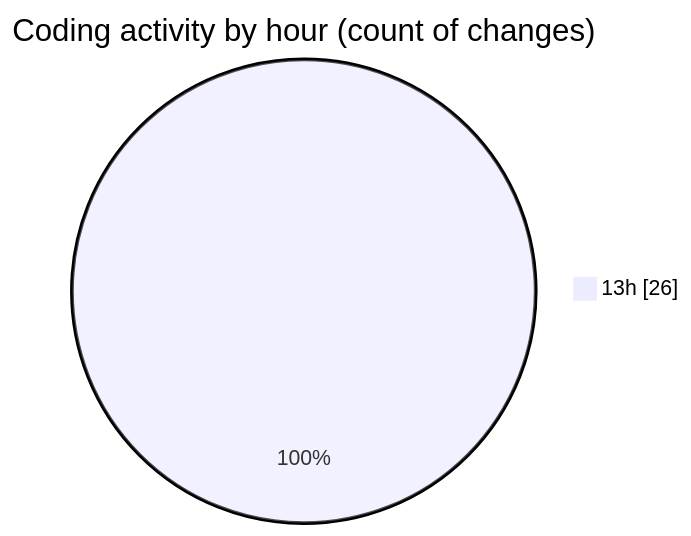
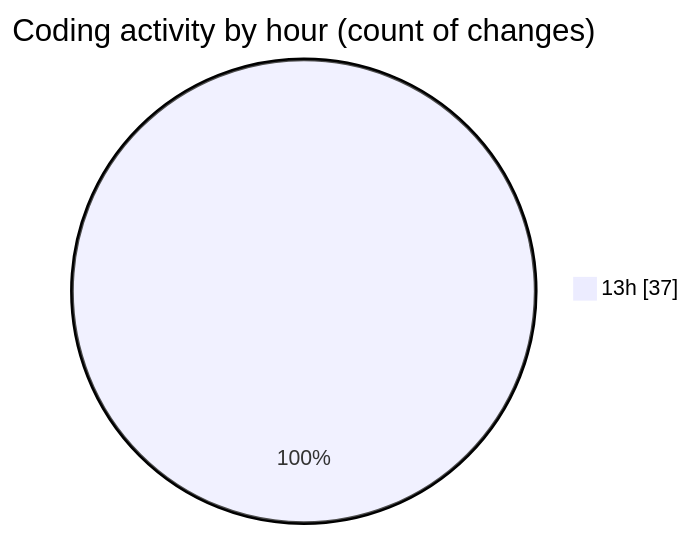
The second of 2 diagrams in 2026-04-11/scripting_workshop/README.md (Unknowalive/code-tracking), drawn with Mermaid before and after one commit. The commit also changed other lines of this file and 1 other file, not shown here.

````diff
--- a/2026-04-11/scripting_workshop/README.md
+++ b/2026-04-11/scripting_workshop/README.md
@@ -49,5 +52,5 @@
 ```mermaid
 pie showData
 title Coding activity by hour (count of changes)
-"13h" : 26
+"13h" : 37
 ```
````
